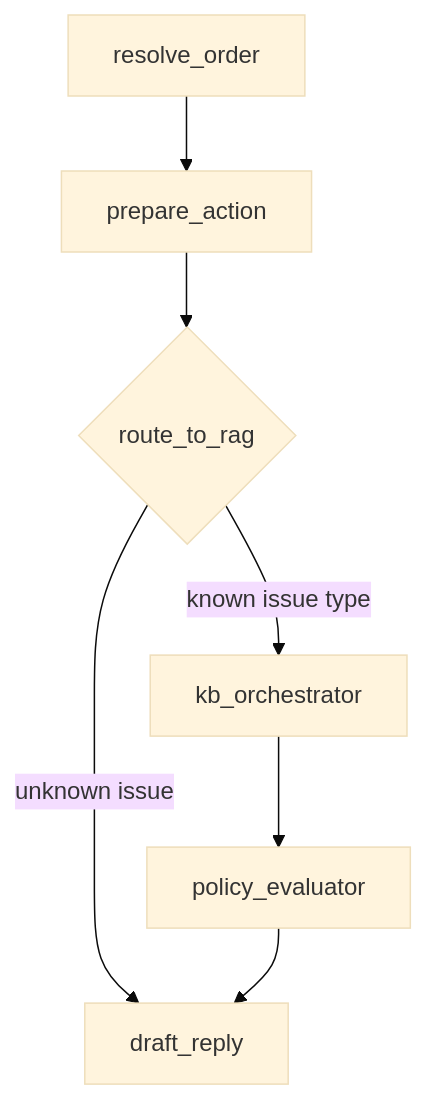
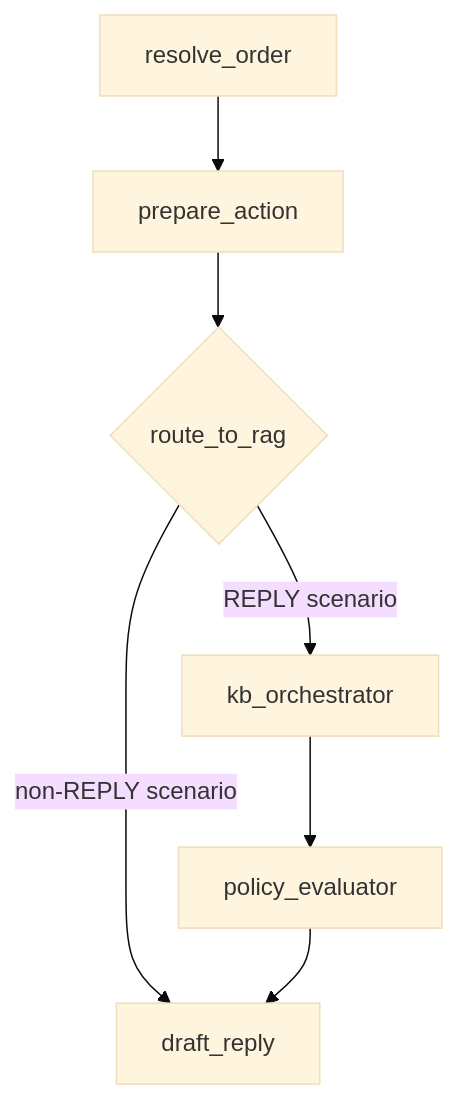
One commit to sprat-kv/p1-seafoam-cicada changed the first of 4 diagrams in README.md. Above: the diagram before and after it, drawn with Mermaid (base theme). The commit also changed other lines of this file and 7 other files, not shown here.

````diff
--- a/README.md
+++ b/README.md
@@ -46,9 +46,9 @@
 ```mermaid
 graph TD
     resolveOrder[resolve_order] --> prepareAction[prepare_action]
     prepareAction --> routeRAG{"route_to_rag"}
-    routeRAG -->|known issue type| kbOrchestrator[kb_orchestrator]
-    routeRAG -->|unknown issue| draftReply[draft_reply]
+    routeRAG -->|REPLY scenario| kbOrchestrator[kb_orchestrator]
+    routeRAG -->|non-REPLY scenario| draftReply[draft_reply]
     kbOrchestrator --> policyEvaluator[policy_evaluator]
     policyEvaluator --> draftReply
 ```
````
